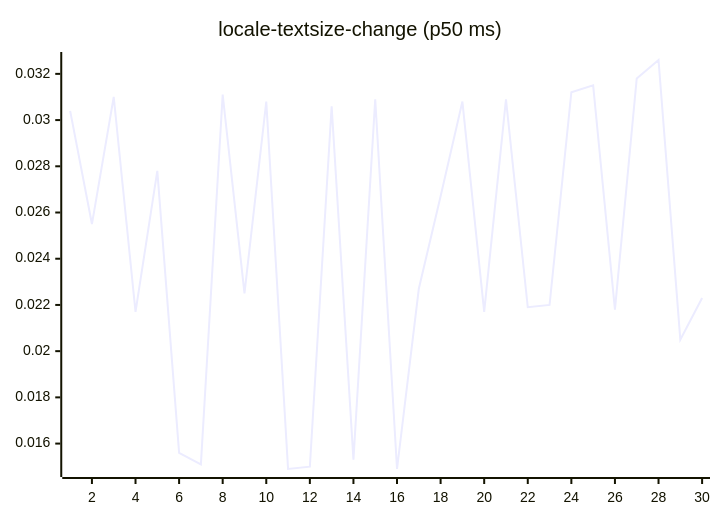
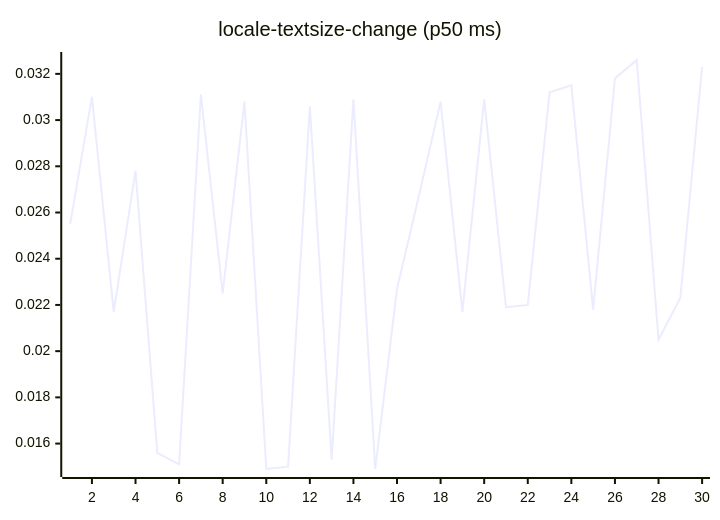
Before and after one commit to josha/Facet: diagram 13 of 27 in README.md, drawn with Mermaid. The commit also changed other lines of this file and 2 other files, not shown here.

````diff
--- a/README.md
+++ b/README.md
@@ -147,6 +147,6 @@
 ```mermaid
 xychart-beta
     title "locale-textsize-change (p50 ms)"
     x-axis 1 --> 30
-    line [0.0304, 0.0255, 0.0310, 0.0217, 0.0278, 0.0156, 0.0151, 0.0311, 0.0225, 0.0308, 0.0149, 0.0150, 0.0306, 0.0153, 0.0309, 0.0149, 0.0227, 0.0267, 0.0308, 0.0217, 0.0309, 0.0219, 0.0220, 0.0312, 0.0315, 0.0218, 0.0318, 0.0326, 0.0205, 0.0223]
+    line [0.0255, 0.0310, 0.0217, 0.0278, 0.0156, 0.0151, 0.0311, 0.0225, 0.0308, 0.0149, 0.0150, 0.0306, 0.0153, 0.0309, 0.0149, 0.0227, 0.0267, 0.0308, 0.0217, 0.0309, 0.0219, 0.0220, 0.0312, 0.0315, 0.0218, 0.0318, 0.0326, 0.0205, 0.0223, 0.0323]
 ```
````
